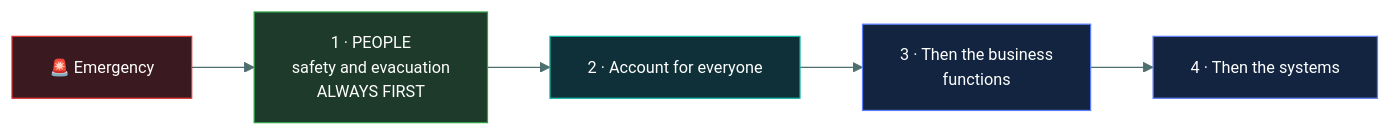
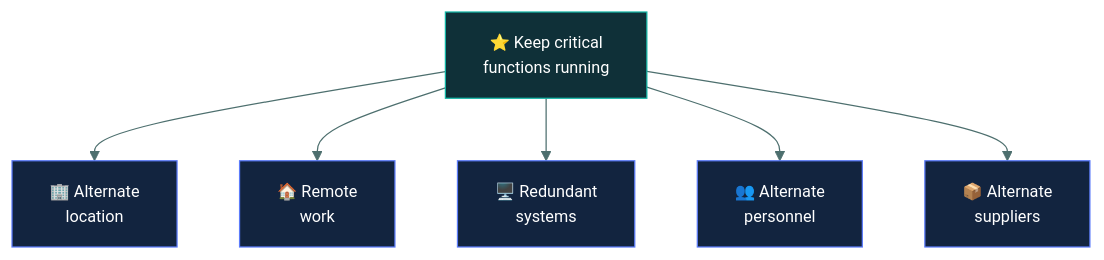
Before and after one commit to tarunTejaDesireddy/cc-exam-prep: the third of 4 diagrams in 02-security-governance/business-continuity/README.md, drawn with Mermaid. The commit also changed other lines of this file and 1 other file, not shown here.

First line of the commit message:
Rewrite Business Continuity with the storm-hits-the-cave walkthrough

````diff
--- a/02-security-governance/business-continuity/README.md
+++ b/02-security-governance/business-continuity/README.md
@@ -143,14 +169,17 @@
 ```mermaid
-%%{init: {'theme':'base','themeVariables':{'fontSize':'13px','lineColor':'#4d6f6e','textColor':'#dbe7e6'}}}%%
-flowchart LR
-    E["🚨 Emergency"] --> P["1 · PEOPLE<br/>safety and evacuation<br/>ALWAYS FIRST"]
-    P --> A["2 · Account for everyone"]
-    A --> B["3 · Then the business<br/>functions"]
-    B --> S["4 · Then the systems"]
+%%{init: {'theme':'base','themeVariables':{'fontFamily':'Segoe UI, Helvetica Neue, Arial, sans-serif','fontSize':'13px','lineColor':'#4d6f6e','textColor':'#dbe7e6'}}}%%
+flowchart TD
+    N["⭐ Keep critical<br/>functions running"]
+    N --> L["🏢 Alternate<br/>location"]
+    N --> R["🏠 Remote<br/>work"]
+    N --> S["🖥️ Redundant<br/>systems"]
+    N --> P["👥 Alternate<br/>personnel"]
+    N --> SUP["📦 Alternate<br/>suppliers"]
 
-    style E fill:#3a1a20,stroke:#E03131,color:#fff
-    style P fill:#1d3a2a,stroke:#2F9E44,color:#fff
-    style A fill:#0f3038,stroke:#12B5A5,color:#fff
-    style B fill:#12243f,stroke:#5C7CFA,color:#fff
+    style N fill:#0f3038,stroke:#12B5A5,color:#fff
+    style L fill:#12243f,stroke:#5C7CFA,color:#fff
+    style R fill:#12243f,stroke:#5C7CFA,color:#fff
     style S fill:#12243f,stroke:#5C7CFA,color:#fff
+    style P fill:#12243f,stroke:#5C7CFA,color:#fff
+    style SUP fill:#12243f,stroke:#5C7CFA,color:#fff
 ```
````
